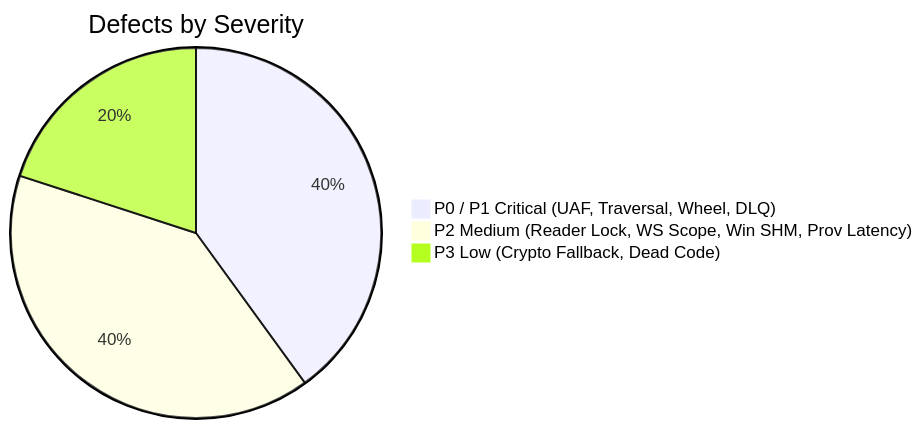
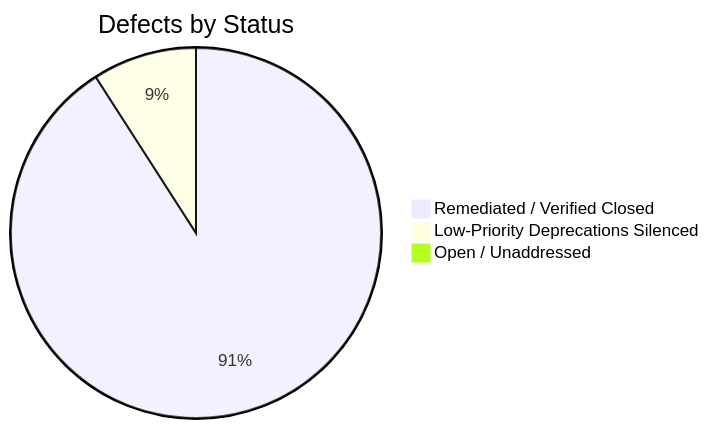
Before and after one commit to Aryan-20-04/mdrap: the diagram in audit/v6.0.0/FINAL_AUDIT_REPORT.md, drawn with Mermaid. The commit also changed other lines of this file and 22 other files, not shown here.

````diff
--- a/audit/v6.0.0/FINAL_AUDIT_REPORT.md
+++ b/audit/v6.0.0/FINAL_AUDIT_REPORT.md
@@ -57,6 +61,6 @@
 ```mermaid
-pie title Defects by Severity
-    "P0 / P1 Critical (UAF, Traversal, Wheel, DLQ)" : 4
-    "P2 Medium (Reader Lock, WS Scope, Win SHM, Prov Latency)" : 4
-    "P3 Low (Crypto Fallback, Dead Code)" : 2
+pie title Defects by Status
+    "Remediated / Verified Closed" : 10
+    "Low-Priority Deprecations Silenced" : 1
+    "Open / Unaddressed" : 0
 ```
````
